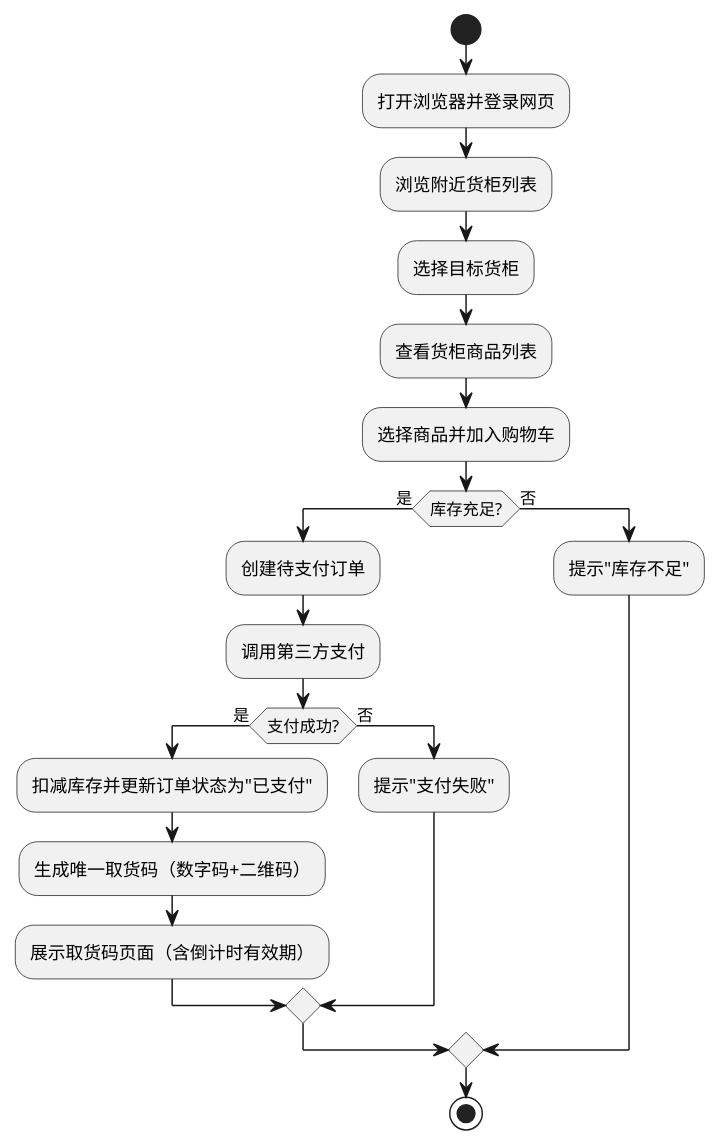
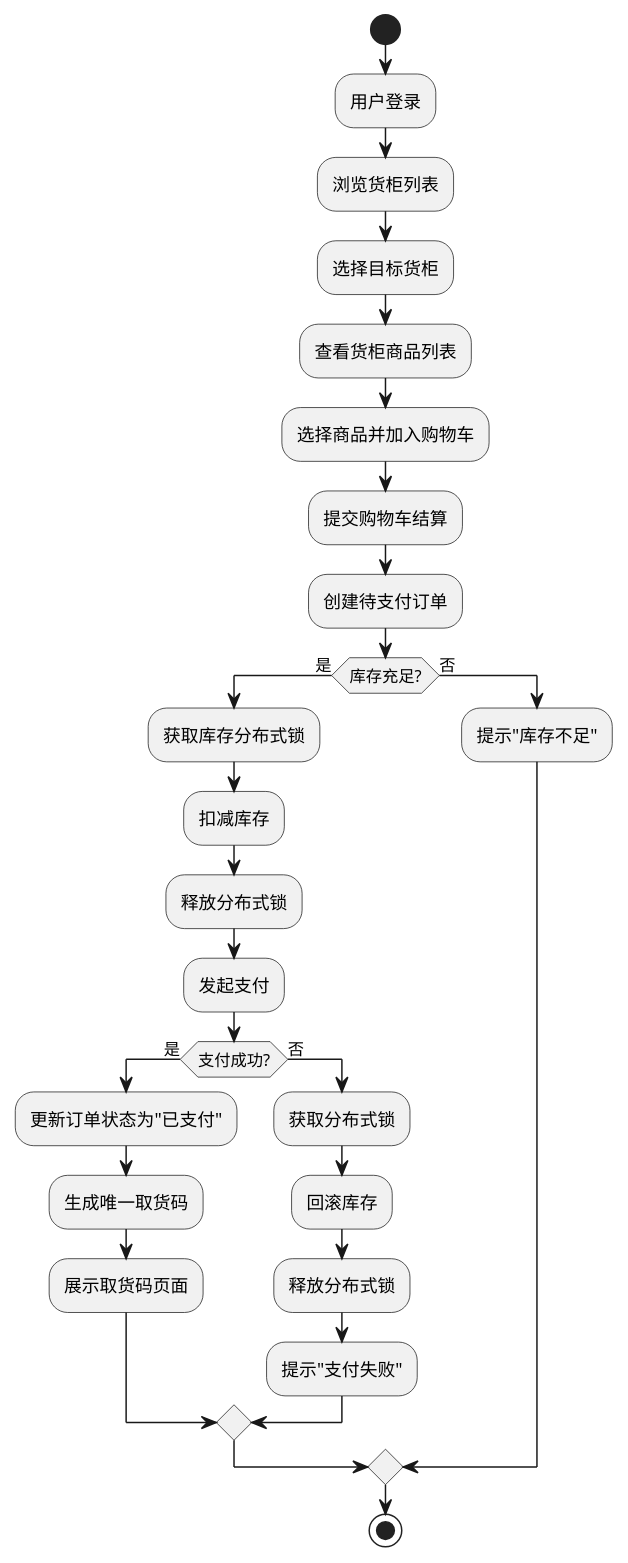
One commit to kaiyixing/Unmanned-vending-system changed the sixth of 6 diagrams in docs/无人售货系统-完整报告.md. Above: the diagram before and after it, drawn with PlantUML. The commit also changed other lines of this file and 3 other files, not shown here.

````diff
--- a/docs/无人售货系统-完整报告.md
+++ b/docs/无人售货系统-完整报告.md
@@ -827,24 +1082,31 @@
 ```plantuml
 @startuml
 start
-:打开浏览器并登录网页;
-:浏览附近货柜列表;
+:用户登录;
+:浏览货柜列表;
 :选择目标货柜;
 :查看货柜商品列表;
 :选择商品并加入购物车;
+:提交购物车结算;
+:创建待支付订单;
 if (库存充足?) then (是)
-  :创建待支付订单;
-  :调用第三方支付;
+  :获取库存分布式锁;
+  :扣减库存;
+  :释放分布式锁;
+  :发起支付;
   if (支付成功?) then (是)
-    :扣减库存并更新订单状态为"已支付";
-    :生成唯一取货码（数字码+二维码）;
-    :展示取货码页面（含倒计时有效期）;
+    :更新订单状态为"已支付";
+    :生成唯一取货码;
+    :展示取货码页面;
   else (否)
+    :获取分布式锁;
+    :回滚库存;
+    :释放分布式锁;
     :提示"支付失败";
   endif
 else (否)
   :提示"库存不足";
 endif
 stop
 @enduml
 ```
````
